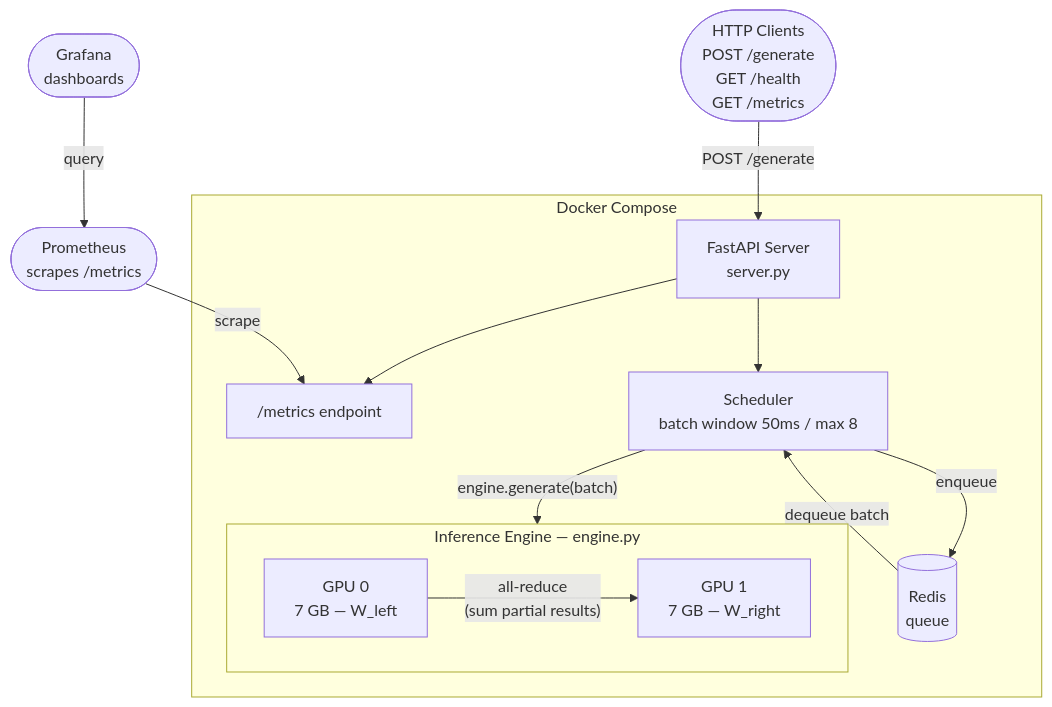
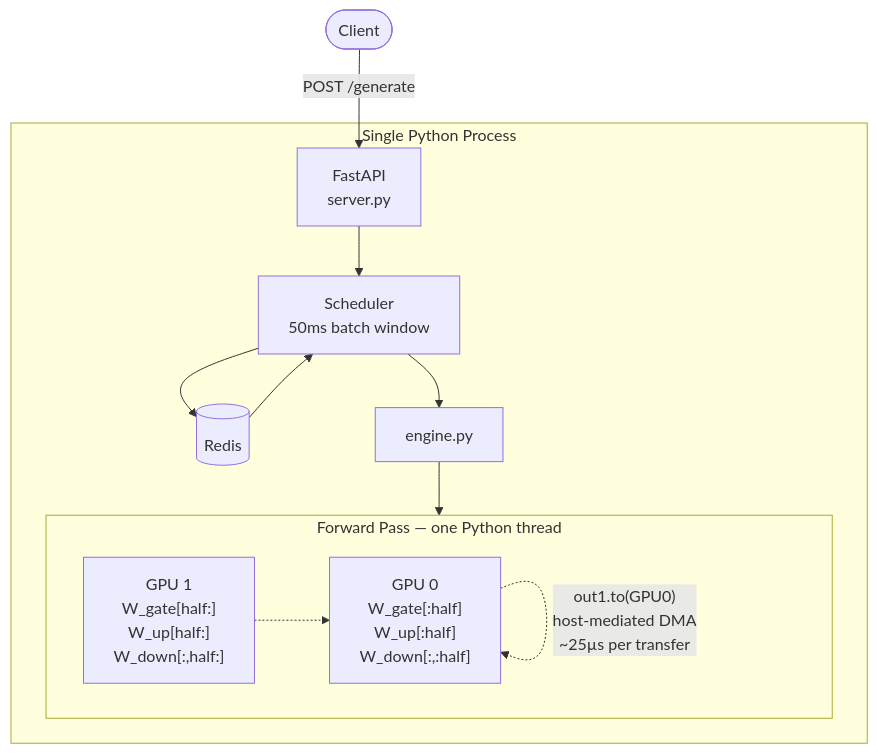
Before and after one commit to sahilnale/distributed-llm-inference-server: the first of 2 diagrams in README.md, drawn with Mermaid. The commit also changed other lines of this file, not shown here.

Commit message:
Add architecture diagrams for single-process vs NCCL multi-process

````diff
--- a/README.md
+++ b/README.md
@@ -24,28 +28,26 @@
 ```mermaid
 flowchart TD
-    Client(["HTTP Clients\nPOST /generate\nGET /health\nGET /metrics"])
-    Prometheus(["Prometheus\nscrapes /metrics"])
-    Grafana(["Grafana\ndashboards"])
+    Client(["Client"])
 
-    subgraph Docker Compose
-        API["FastAPI Server\nserver.py"]
-        Metrics["/metrics endpoint"]
-        Redis[("Redis\nqueue")]
-        Scheduler["Scheduler\nbatch window 50ms / max 8"]
+    subgraph SingleProcess["Single Python Process"]
+        API["FastAPI\nserver.py"]
+        Scheduler["Scheduler\n50ms batch window"]
+        Redis[("Redis")]
+        Engine["engine.py"]
 
-        subgraph InferenceEngine["Inference Engine — engine.py"]
-            GPU0["GPU 0\n7 GB — W_left"]
-            GPU1["GPU 1\n7 GB — W_right"]
-            GPU0 -- "all-reduce\n(sum partial results)" --> GPU1
+        subgraph Forward["Forward Pass — one Python thread"]
+            direction LR
+            GPU0["GPU 0\nW_gate[:half]\nW_up[:half]\nW_down[:,:half]"]
+            GPU1["GPU 1\nW_gate[half:]\nW_up[half:]\nW_down[:,half:]"]
+            GPU0 -. "out1.to(GPU0)\nhost-mediated DMA\n~25µs per transfer" .-> GPU0
+            GPU1 -. " " .-> GPU0
         end
     end
 
     Client -->|"POST /generate"| API
-    API --> Metrics
     API --> Scheduler
-    Scheduler -->|"enqueue"| Redis
-    Redis -->|"dequeue batch"| Scheduler
-    Scheduler -->|"engine.generate(batch)"| InferenceEngine
-    Prometheus -->|"scrape"| Metrics
-    Grafana -->|"query"| Prometheus
+    Scheduler --> Redis
+    Redis --> Scheduler
+    Scheduler --> Engine
+    Engine --> Forward
 ```
````
